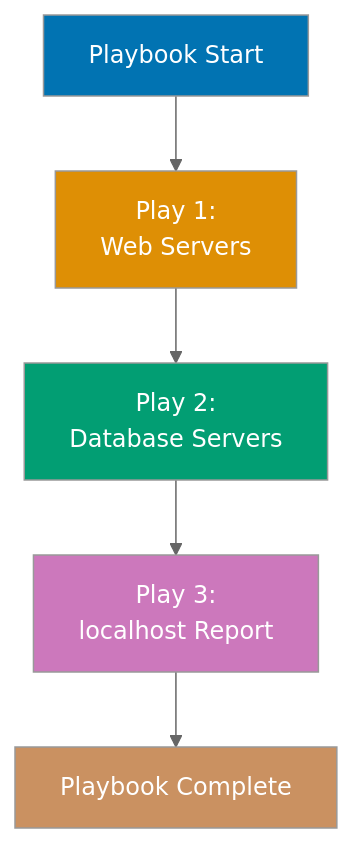
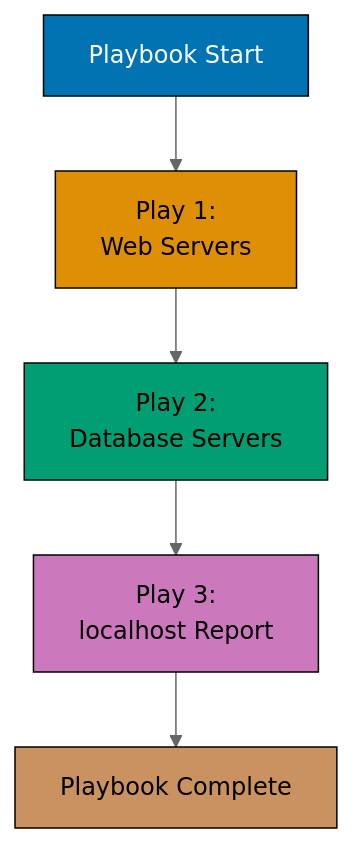
Before and after one commit to wahidyankf/ose-public: the second of 8 diagrams in apps/ayokoding-www/content/en/learn/legacy/software-engineering/infrastructure/tools/ansible/by-example/beginner.md, drawn with Mermaid (neutral theme). The commit also changed other lines of this file and 131 other files, not shown here.

First line of the commit message:
fix(mermaid): bring the legacy data, infrastructure, and testing diagrams onto the accessible palette

````diff
--- a/apps/ayokoding-www/content/en/learn/legacy/software-engineering/infrastructure/tools/ansible/by-example/beginner.md
+++ b/apps/ayokoding-www/content/en/learn/legacy/software-engineering/infrastructure/tools/ansible/by-example/beginner.md
@@ -398,14 +405,22 @@
 ```mermaid
 %% Color Palette: Blue #0173B2, Orange #DE8F05, Teal #029E73, Purple #CC78BC, Brown #CA9161
 graph TD
+ accTitle: Example 5: Multiple Plays in One Playbook
+ accDescr: Graph with 5 nodes and 4 connections. Nodes: Playbook Start, Play 1: Web Servers, Play 2: Database Servers, Play 3: localhost Report, Playbook Complete. Connections: Playbook Start to Play 1: Web Servers, Play 1: Web Servers to Play 2: Database Servers, Play 2: Database Servers to Play 3: localhost Report, Play 3: localhost Report to Playbook Complete.
  A["Playbook Start"] --> B["Play 1:<br/>Web Servers"]
  B --> C["Play 2:<br/>Database Servers"]
  C --> D["Play 3:<br/>localhost Report"]
  D --> E["Playbook Complete"]
 
- style A fill:#0173B2,color:#fff
- style B fill:#DE8F05,color:#fff
- style C fill:#029E73,color:#fff
- style D fill:#CC78BC,color:#fff
- style E fill:#CA9161,color:#fff
+ classDef pal-0173B2 fill:#0173B2,stroke:#000000,color:#FFFFFF
+ class A pal-0173B2
+ classDef pal-DE8F05 fill:#DE8F05,stroke:#000000,color:#000000
+ class B pal-DE8F05
+ classDef pal-029E73 fill:#029E73,stroke:#000000,color:#000000
+ class C pal-029E73
+ classDef pal-CC78BC fill:#CC78BC,stroke:#000000,color:#000000
+ class D pal-CC78BC
+ classDef pal-CA9161 fill:#CA9161,stroke:#000000,color:#000000
+ class E pal-CA9161
+ classDef default fill:#FFFFFF,stroke:#000000,color:#000000
 ```
````
